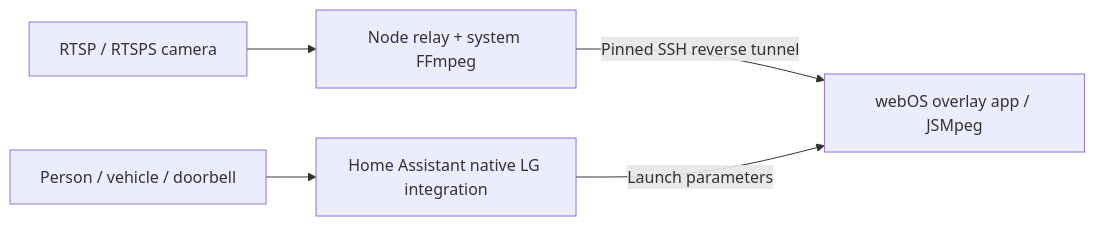
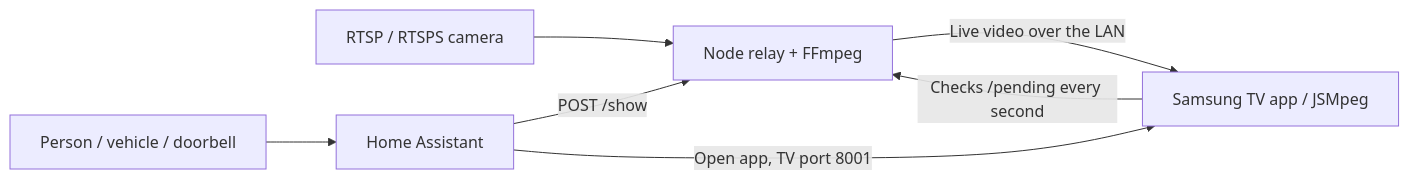
One commit to gadget-man/LG-Camera-Overlay changed the diagram in README.md. Above: the diagram before and after it, drawn with Mermaid. The commit also changed other lines of this file and 17 other files, not shown here.

````diff
--- a/README.md
+++ b/README.md
@@ -39,7 +30,9 @@
 ```mermaid
 flowchart LR
-  Camera[RTSP / RTSPS camera] --> Relay[Node relay + system FFmpeg]
-  Relay -->|Pinned SSH reverse tunnel| TV[webOS overlay app / JSMpeg]
-  HA[Home Assistant native LG integration] -->|Launch parameters| TV
+  Camera[RTSP / RTSPS camera] --> Relay[Node relay + FFmpeg]
+  HA[Home Assistant] -->|POST /show| Relay
+  HA -->|Open app, TV port 8001| TV[Samsung TV app / JSMpeg]
+  TV -->|Checks /pending every second| Relay
+  Relay -->|Live video over the LAN| TV
   Events[Person / vehicle / doorbell] --> HA
 ```
````
